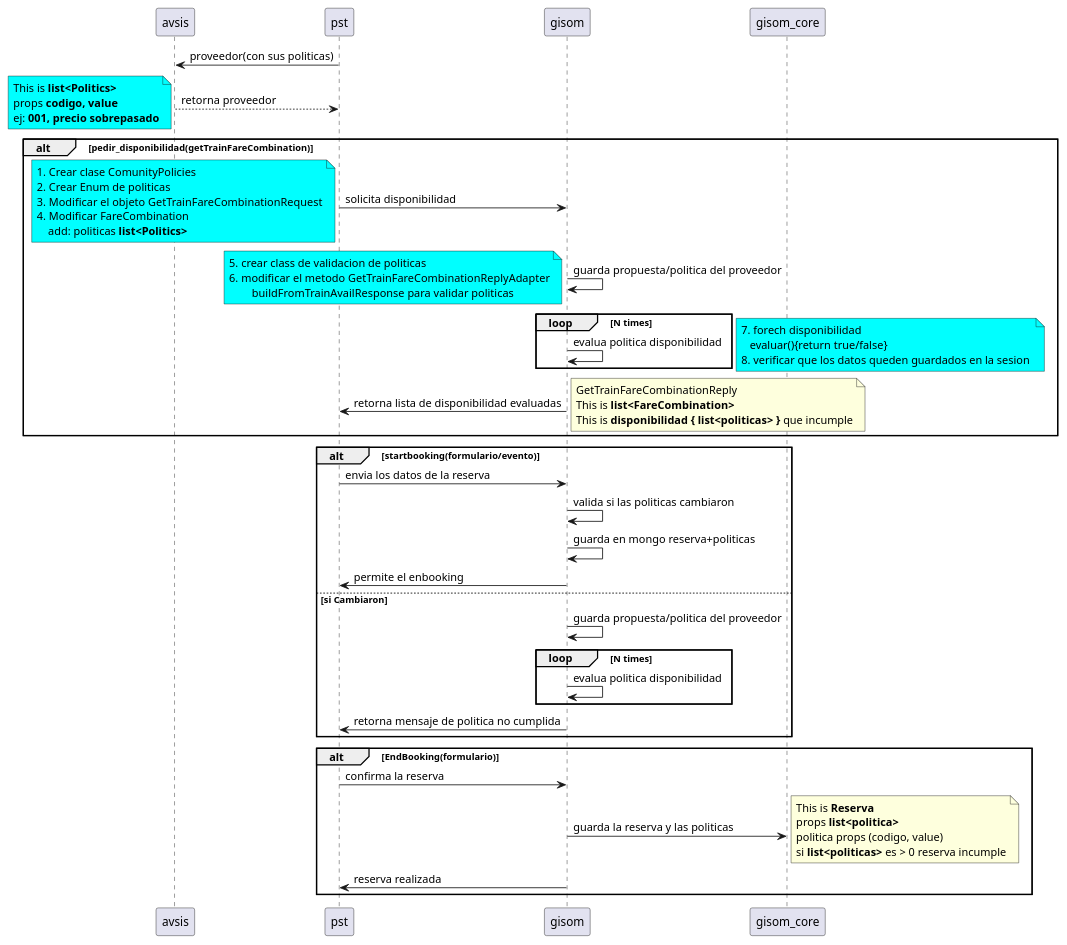
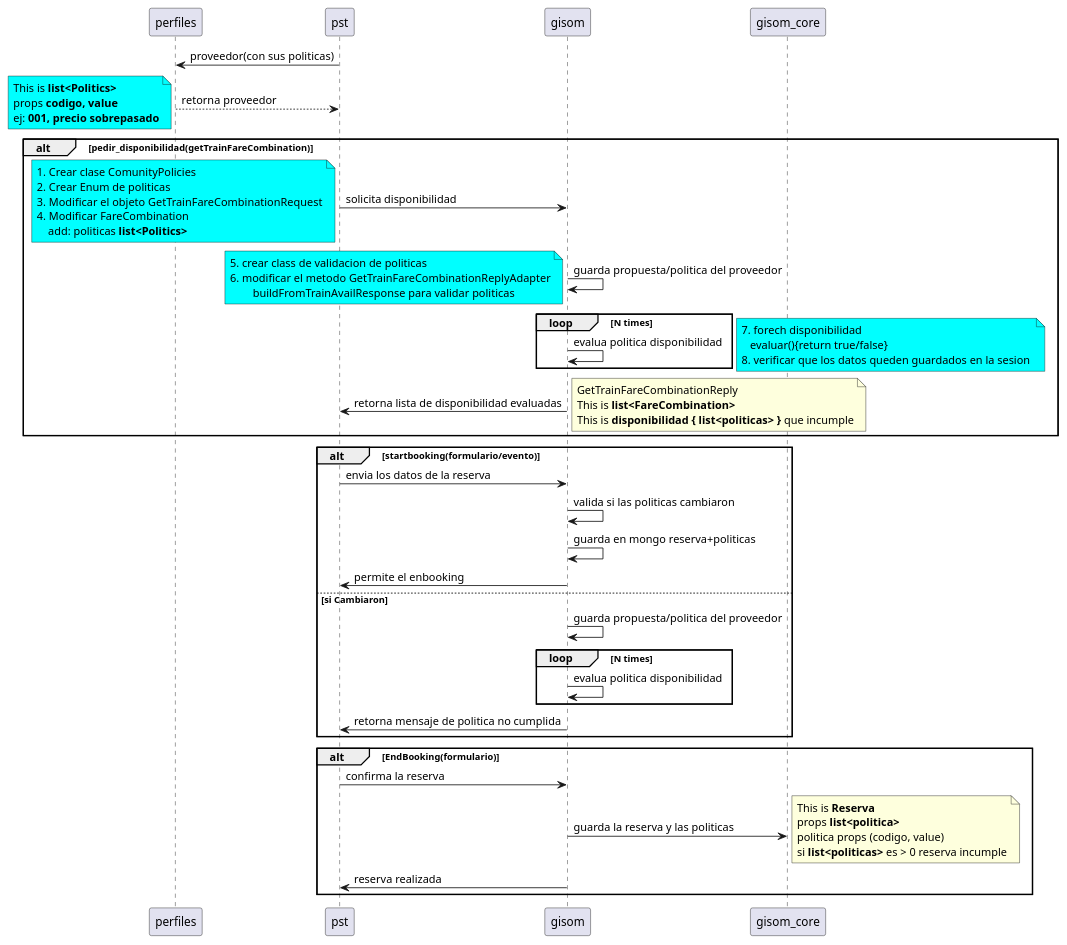
One commit to Wilber1987/UML_IRIS changed the diagram in GISOM2/GISOM_politicas.wsd. Above: the diagram before and after it, drawn with PlantUML. The commit also changed 3 other files, not shown here.

```diff
--- a/GISOM2/GISOM_politicas.wsd
+++ b/GISOM2/GISOM_politicas.wsd
@@ -2,66 +2,66 @@
 @startuml evaluacion_politicas
-participant avsis
+participant perfiles
 participant pst
 participant gisom
 participant gisom_core
-pst -> avsis: proveedor(con sus politicas)
-avsis --> pst: retorna proveedor
+pst -> perfiles: proveedor(con sus politicas)
+perfiles --> pst: retorna proveedor
 note left #aqua
     This is **list<Politics>**
     props **codigo, value**
     ej: **001, precio sobrepasado**
 end note
 alt pedir_disponibilidad(getTrainFareCombination)
     pst -> gisom: solicita disponibilidad    
     note left #aqua
         1. Crear clase ComunityPolicies
         2. Crear Enum de politicas
         3. Modificar el objeto GetTrainFareCombinationRequest
         4. Modificar FareCombination 
             add: politicas **list<Politics>**
     end note
     gisom -> gisom: guarda propuesta/politica del proveedor
     note left  #aqua      
         5. crear class de validacion de politicas
         6. modificar el metodo GetTrainFareCombinationReplyAdapter
                 buildFromTrainAvailResponse para validar politicas
     end note
     loop N times
         gisom -> gisom: evalua politica disponibilidad
     end
     note right #aqua
         7. forech disponibilidad
            evaluar(){return true/false}
         8. verificar que los datos queden guardados en la sesion 
     end note    
     gisom ->pst: retorna lista de disponibilidad evaluadas
     note right 
         GetTrainFareCombinationReply
         This is **list<FareCombination>**
         This is **disponibilidad { list<politicas> }** que incumple
     end note
 end
 alt startbooking(formulario/evento)
     pst->gisom: envia los datos de la reserva
     gisom->gisom: valida si las politicas cambiaron
     gisom->gisom: guarda en mongo reserva+politicas
     gisom->pst: permite el enbooking
 else si Cambiaron
     gisom -> gisom: guarda propuesta/politica del proveedor
     loop N times
         gisom -> gisom: evalua politica disponibilidad
     end
     gisom ->pst: retorna mensaje de politica no cumplida
 end
 alt EndBooking(formulario)
     pst->gisom: confirma la reserva
     gisom->gisom_core: guarda la reserva y las politicas
     note right
         This is **Reserva**
         props **list<politica>**
         politica props (codigo, value)
         si **list<politicas>** es > 0 reserva incumple
     end note
     gisom->pst: reserva realizada
 end
 @enduml
```
